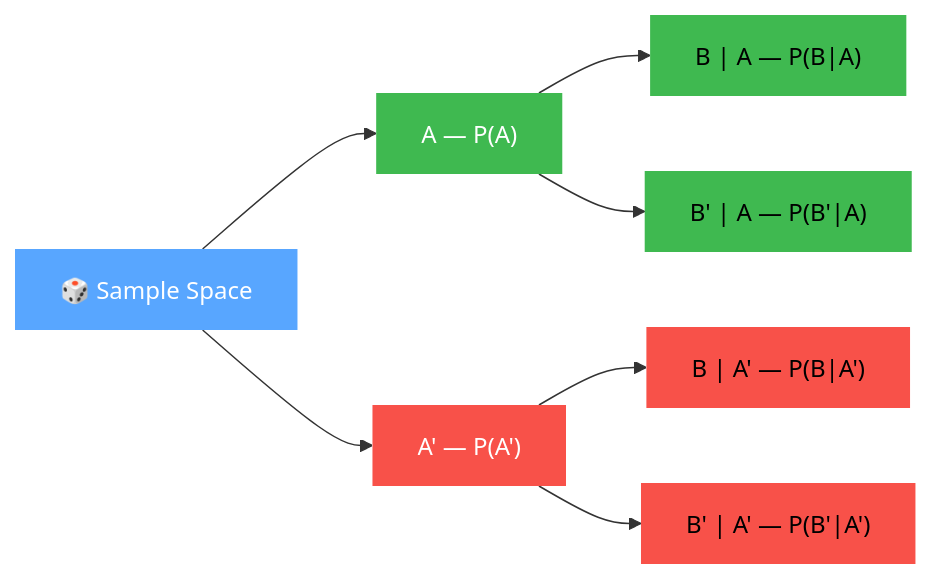
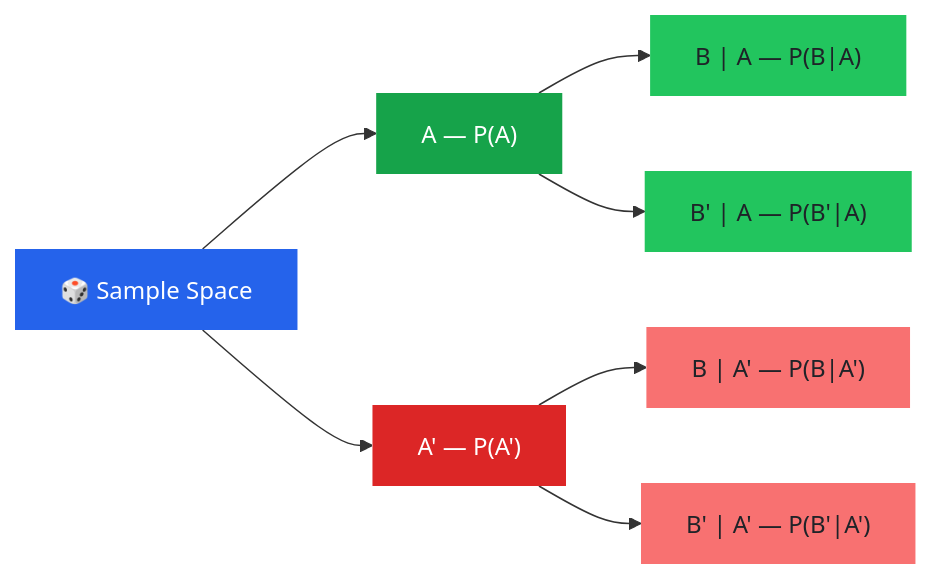
The first of 4 diagrams in _cheatsheets/probability-and-statistics.md (ashababnoor/cheatsheets), drawn with Mermaid before and after one commit. The commit also changed other lines of this file, not shown here.

Commit message:
style: update color schemes for diagrams in probability and statistics cheatsheet

````diff
--- a/_cheatsheets/probability-and-statistics.md
+++ b/_cheatsheets/probability-and-statistics.md
@@ -66,16 +66,16 @@
 ```mermaid
 graph LR
     S["🎲 Sample Space"] --> A["A — P(A)"]
     S --> Ac["A' — P(A')"]
     A --> AB["B | A — P(B|A)"]
     A --> ABc["B' | A — P(B'|A)"]
     Ac --> AcB["B | A' — P(B|A')"]
     Ac --> AcBc["B' | A' — P(B'|A')"]
-    style S fill:#58a6ff,color:#fff,stroke:none
-    style A fill:#3fb950,color:#fff,stroke:none
-    style Ac fill:#f85149,color:#fff,stroke:none
-    style AB fill:#3fb950,color:#000,stroke:none
-    style ABc fill:#3fb950,color:#000,stroke:none
-    style AcB fill:#f85149,color:#000,stroke:none
-    style AcBc fill:#f85149,color:#000,stroke:none
+    style S fill:#2563eb,color:#fff,stroke:none
+    style A fill:#16a34a,color:#fff,stroke:none
+    style Ac fill:#dc2626,color:#fff,stroke:none
+    style AB fill:#22c55e,color:#1f2328,stroke:none
+    style ABc fill:#22c55e,color:#1f2328,stroke:none
+    style AcB fill:#f87171,color:#1f2328,stroke:none
+    style AcBc fill:#f87171,color:#1f2328,stroke:none
 ```
````
